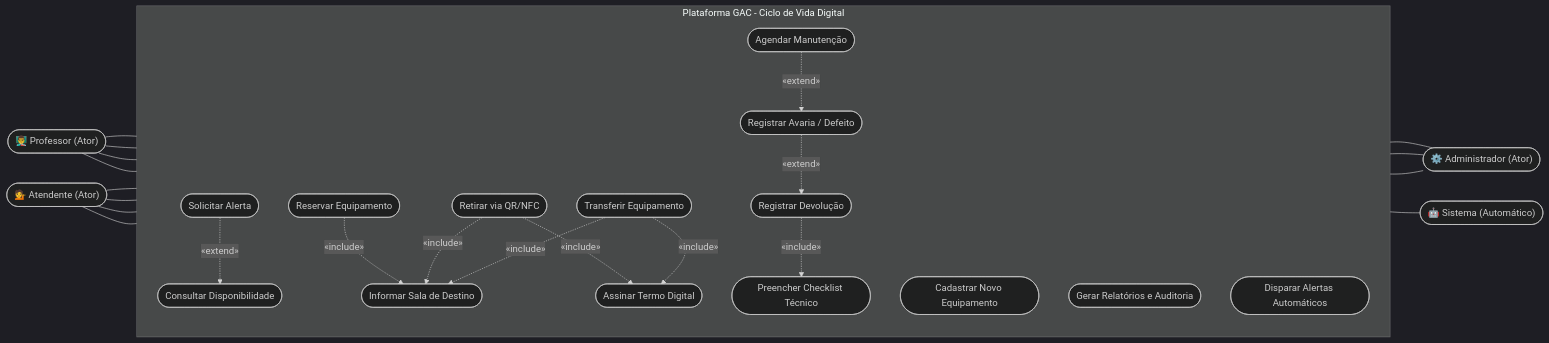
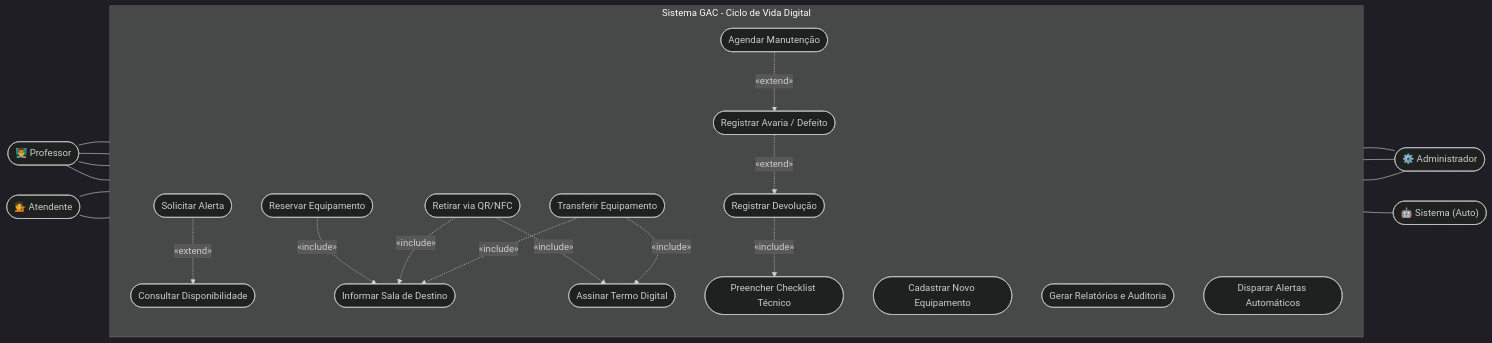
Before and after one commit to VinnerKyther/requisitos-2026-requisitos-production: the diagram in Requisitos/Diagramas/Diagrama-de-Casos-de-Uso.md, drawn with Mermaid (dark theme).

Commit message:
Refactor use case diagram for clarity and structure

````diff
--- a/Requisitos/Diagramas/Diagrama-de-Casos-de-Uso.md
+++ b/Requisitos/Diagramas/Diagrama-de-Casos-de-Uso.md
@@ -3,72 +3,64 @@
 ```mermaid
 flowchart LR
-    %% Atores da Interface Mobile (Esquerda)
-    Prof(["👨‍🏫 Professor (Ator)"])
-    Atend(["💁 Atendente (Ator)"])
+    %% Atores da Esquerda
+    Prof(["👨‍🏫 Professor"])
+    Atend(["💁 Atendente"])
 
-    subgraph Sistema [Plataforma GAC - Ciclo de Vida Digital]
+    subgraph Plataforma GAC [Sistema GAC - Ciclo de Vida Digital]
         direction TB
         
-        %% Bloco de Consulta
+        %% Ações Base do Professor
         UC1([Consultar Disponibilidade])
         UC1a([Solicitar Alerta])
+        UC2([Reservar Equipamento])
+        UC3([Retirar via QR/NFC])
+        UC4([Transferir Equipamento])
         
-        %% Bloco de Ações e Inclusões separadas
-        UC2([Reservar Equipamento])
+        %% Inclusões do Professor
+        UC5([Assinar Termo Digital])
         UC6([Informar Sala de Destino])
         
-        UC3([Retirar via QR/NFC])
-        UC5([Assinar Termo Digital])
-        
-        UC4([Transferir Equipamento])
-        
-        %% Bloco de Devolução
+        %% Ações Base e Extensões do Atendente
         UC7([Registrar Devolução])
         UC8([Preencher Checklist Técnico])
         UC9([Registrar Avaria / Defeito])
         
-        %% Bloco de Gestão
+        %% Ações da Gestão e Sistema
         UC10([Cadastrar Novo Equipamento])
         UC11([Agendar Manutenção])
         UC12([Gerar Relatórios e Auditoria])
-        
-        %% Bloco de Automação
         UC13([Disparar Alertas Automáticos])
     end
 
-    %% Atores da Interface Web e Robôs (Direita)
-    Admin(["⚙️ Administrador (Ator)"])
-    Sis(["🤖 Sistema (Automático)"])
+    %% Atores da Direita
+    Admin(["⚙️ Administrador"])
+    Sis(["🤖 Sistema (Auto)"])
 
-    %% Conectando os Atores (LINHAS SÓLIDAS)
+    %% Ligações Sólidas (Apenas Ações Principais)
     Prof --- UC1
     Prof --- UC2
     Prof --- UC3
     Prof --- UC4
     
-    %% O Atendente agora tem ligação VISUAL com todas as suas tarefas
     Atend --- UC1
     Atend --- UC7
-    Atend --- UC8
-    Atend --- UC9
     
     UC10 --- Admin
     UC11 --- Admin
     UC12 --- Admin
     UC13 --- Sis
 
-    %% LIGAÇÕES SISTÊMICAS (Setas Pontilhadas)
+    %% Dependências (Setas Pontilhadas)
     UC1a -.->|«extend»| UC1
     
     UC2 -.->|«include»| UC6
-    UC3 -.->|«include»| UC5
-    
-    %% Setas secundárias
     UC3 -.->|«include»| UC6
     UC4 -.->|«include»| UC6
+    
+    UC3 -.->|«include»| UC5
     UC4 -.->|«include»| UC5
 
     UC7 -.->|«include»| UC8
     UC9 -.->|«extend»| UC7
     UC11 -.->|«extend»| UC9
 ```
````
